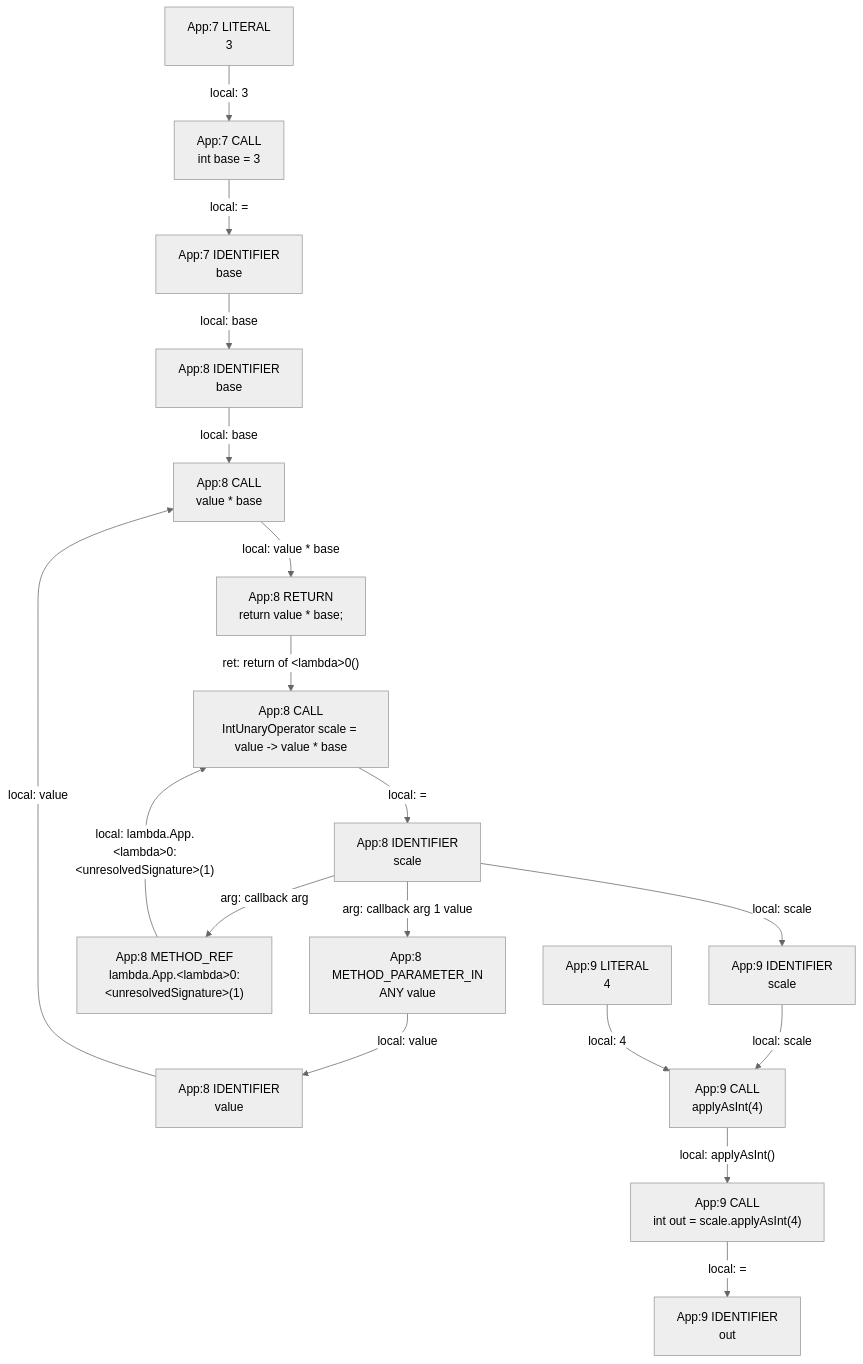
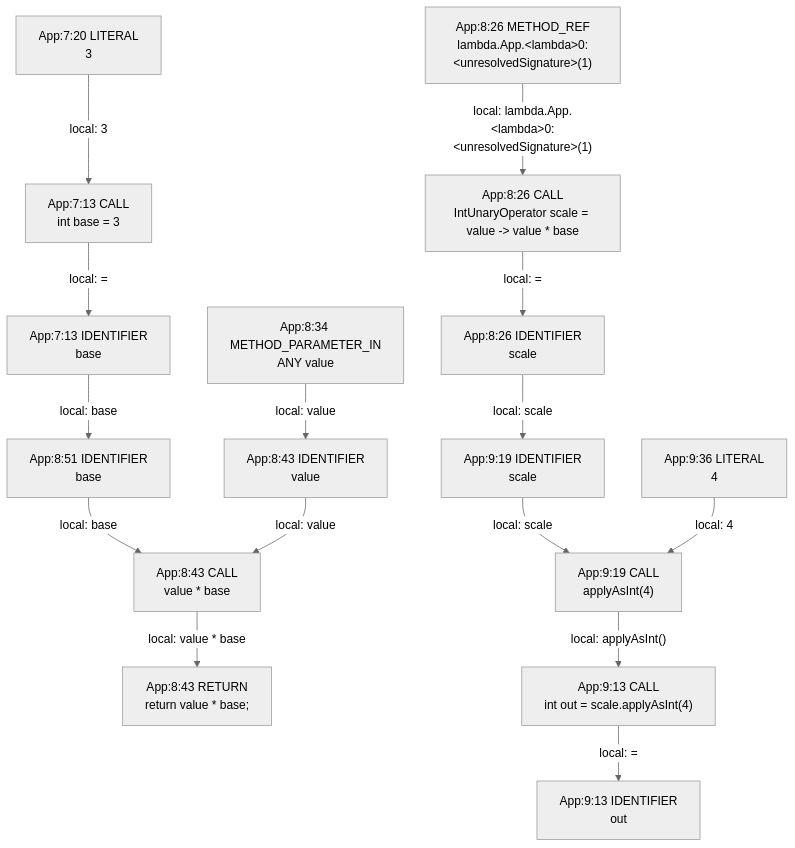
The diagram in app/src/test/resources/lambda/spike-truth.md (gstiebler/codeflow), drawn with Mermaid (neutral theme) before and after one commit. The commit also changed 154 other files, not shown here.

First line of the commit message:
spike: tell apart nodes by column, and keep operators out of the callback rule

````diff
--- a/app/src/test/resources/lambda/spike-truth.md
+++ b/app/src/test/resources/lambda/spike-truth.md
@@ -3,36 +3,33 @@
 ```mermaid
 flowchart TD
-  n0["App:7 CALL<br/>int base = 3"]
-  n1["App:7 IDENTIFIER<br/>base"]
-  n2["App:7 LITERAL<br/>3"]
-  n3["App:8 CALL<br/>IntUnaryOperator scale = value -#gt; value * base"]
-  n4["App:8 CALL<br/>value * base"]
-  n5["App:8 IDENTIFIER<br/>base"]
-  n6["App:8 IDENTIFIER<br/>scale"]
-  n7["App:8 IDENTIFIER<br/>value"]
-  n8["App:8 METHOD_PARAMETER_IN<br/>ANY value"]
-  n9["App:8 METHOD_REF<br/>lambda.App.#lt;lambda#gt;0:#lt;unresolvedSignature#gt;(1)"]
-  n10["App:8 RETURN<br/>return value * base;"]
-  n11["App:9 CALL<br/>applyAsInt(4)"]
-  n12["App:9 CALL<br/>int out = scale.applyAsInt(4)"]
-  n13["App:9 IDENTIFIER<br/>out"]
-  n14["App:9 IDENTIFIER<br/>scale"]
-  n15["App:9 LITERAL<br/>4"]
+  n0["App:7:13 CALL<br/>int base = 3"]
+  n1["App:7:13 IDENTIFIER<br/>base"]
+  n2["App:7:20 LITERAL<br/>3"]
+  n3["App:8:26 CALL<br/>IntUnaryOperator scale = value -#gt; value * base"]
+  n4["App:8:26 IDENTIFIER<br/>scale"]
+  n5["App:8:26 METHOD_REF<br/>lambda.App.#lt;lambda#gt;0:#lt;unresolvedSignature#gt;(1)"]
+  n6["App:8:34 METHOD_PARAMETER_IN<br/>ANY value"]
+  n7["App:8:43 CALL<br/>value * base"]
+  n8["App:8:43 IDENTIFIER<br/>value"]
+  n9["App:8:43 RETURN<br/>return value * base;"]
+  n10["App:8:51 IDENTIFIER<br/>base"]
+  n11["App:9:13 CALL<br/>int out = scale.applyAsInt(4)"]
+  n12["App:9:13 IDENTIFIER<br/>out"]
+  n13["App:9:19 CALL<br/>applyAsInt(4)"]
+  n14["App:9:19 IDENTIFIER<br/>scale"]
+  n15["App:9:36 LITERAL<br/>4"]
   n0 -->|"local: ="| n1
-  n1 -->|"local: base"| n5
-  n10 -->|"ret: return of #lt;lambda#gt;0()"| n3
-  n11 -->|"local: applyAsInt()"| n12
-  n12 -->|"local: ="| n13
-  n14 -->|"local: scale"| n11
-  n15 -->|"local: 4"| n11
+  n1 -->|"local: base"| n10
+  n10 -->|"local: base"| n7
+  n11 -->|"local: ="| n12
+  n13 -->|"local: applyAsInt()"| n11
+  n14 -->|"local: scale"| n13
+  n15 -->|"local: 4"| n13
   n2 -->|"local: 3"| n0
-  n3 -->|"local: ="| n6
-  n4 -->|"local: value * base"| n10
-  n5 -->|"local: base"| n4
-  n6 -->|"arg: callback arg 1 value"| n8
-  n6 -->|"arg: callback arg"| n9
-  n6 -->|"local: scale"| n14
-  n7 -->|"local: value"| n4
+  n3 -->|"local: ="| n4
+  n4 -->|"local: scale"| n14
+  n5 -->|"local: lambda.App.#lt;lambda#gt;0:#lt;unresolvedSignature#gt;(1)"| n3
+  n6 -->|"local: value"| n8
+  n7 -->|"local: value * base"| n9
   n8 -->|"local: value"| n7
-  n9 -->|"local: lambda.App.#lt;lambda#gt;0:#lt;unresolvedSignature#gt;(1)"| n3
 ```
````
